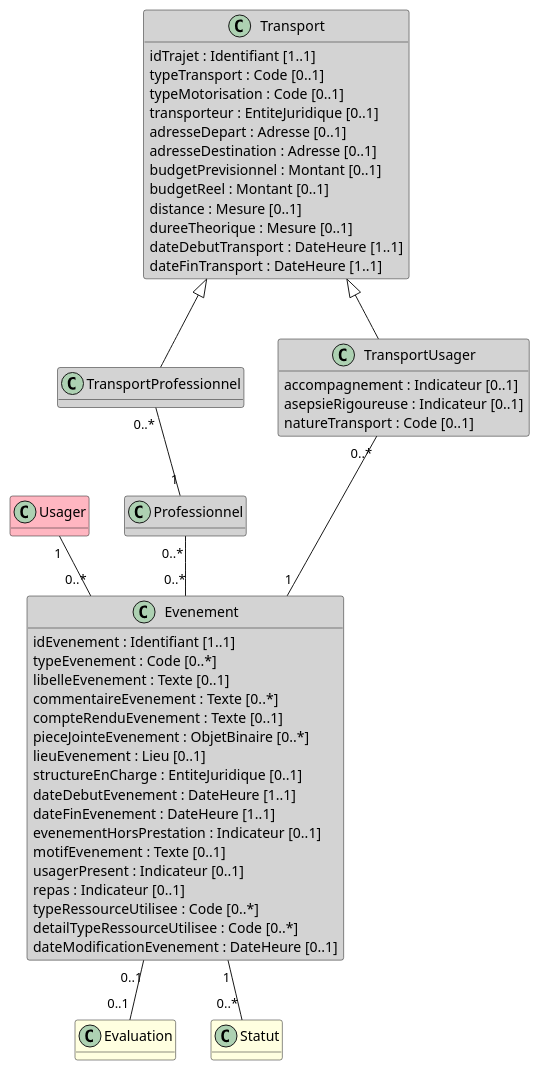
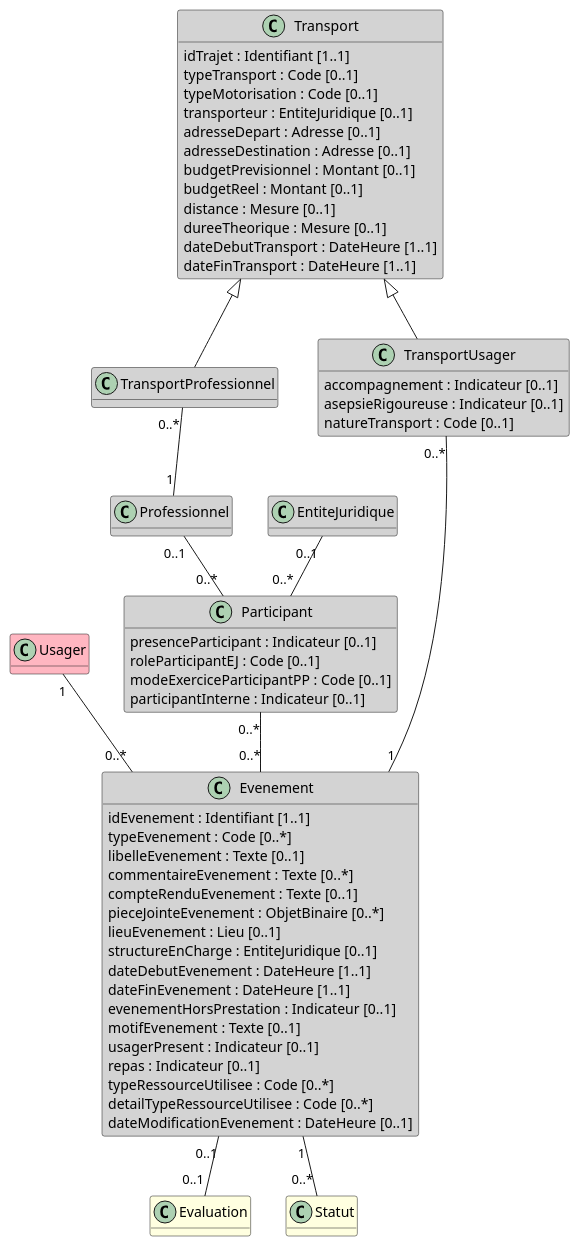
One commit to ansforge/IG-fhir-medicosocial-transfert-donnees-dui changed the diagram in input/images-source/bloc_evenement.plantuml. Above: the diagram before and after it, drawn with PlantUML. The commit also changed 2 other files, not shown here.

```diff
--- a/input/images-source/bloc_evenement.plantuml
+++ b/input/images-source/bloc_evenement.plantuml
@@ -1,66 +1,77 @@
 @startuml
 
 hide empty methods
 
 class Usager #LightPink
 
 class TransportProfessionnel #LightGray
 
 class Evaluation #LightYellow
 
 class Professionnel #LightGray 
+
+class EntiteJuridique #LightGray 
 
 class Statut #LightYellow 
 
 class Transport #LightGray {
     idTrajet : Identifiant [1..1]
     typeTransport : Code [0..1]
     typeMotorisation : Code [0..1]
     transporteur : EntiteJuridique [0..1]
     adresseDepart : Adresse [0..1]
     adresseDestination : Adresse [0..1]
     budgetPrevisionnel : Montant [0..1]
     budgetReel : Montant [0..1]
     distance : Mesure [0..1]
     dureeTheorique : Mesure [0..1]
     dateDebutTransport : DateHeure [1..1]
     dateFinTransport : DateHeure [1..1]
 }
 
 class TransportUsager #LightGray {
     accompagnement : Indicateur [0..1]
     asepsieRigoureuse : Indicateur [0..1]
     natureTransport : Code [0..1]
 }
 
 class Evenement #LightGray {
     idEvenement : Identifiant [1..1]
     typeEvenement : Code [0..*]
     libelleEvenement : Texte [0..1]
     commentaireEvenement : Texte [0..*]
     compteRenduEvenement : Texte [0..1]
     pieceJointeEvenement : ObjetBinaire [0..*]
     lieuEvenement : Lieu [0..1]
     structureEnCharge : EntiteJuridique [0..1]
     dateDebutEvenement : DateHeure [1..1]
     dateFinEvenement : DateHeure [1..1]
     evenementHorsPrestation : Indicateur [0..1]
     motifEvenement : Texte [0..1]
     usagerPresent : Indicateur [0..1]
     repas : Indicateur [0..1]
     typeRessourceUtilisee : Code [0..*]
     detailTypeRessourceUtilisee : Code [0..*]
     dateModificationEvenement : DateHeure [0..1]
 }
 
+class Participant #LightGray {
+    presenceParticipant : Indicateur [0..1]
+    roleParticipantEJ : Code [0..1]
+    modeExerciceParticipantPP : Code [0..1]
+    participantInterne : Indicateur [0..1]
+}
+
 Usager "1" -- "0..*" Evenement
-Professionnel "0..*" -- "0..*" Evenement
+Participant "0..*" -- "0..*" Evenement
+Professionnel "0..1" -- "0..*" Participant
+EntiteJuridique "0..1" -- "0..*" Participant
 Transport <|-- TransportProfessionnel
 Transport <|-- TransportUsager
 TransportUsager "0..*" -- "1" Evenement
 TransportProfessionnel "0..*" -- "1" Professionnel
 Evenement "0..1" -- "0..1" Evaluation
 Evenement "1" -- "0..*" Statut
 
 
 @enduml
```
